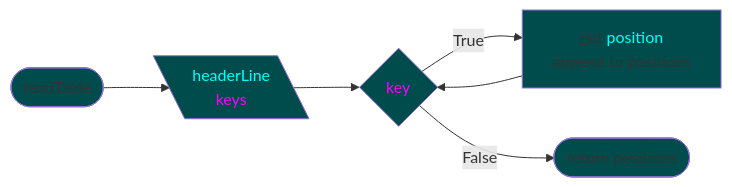
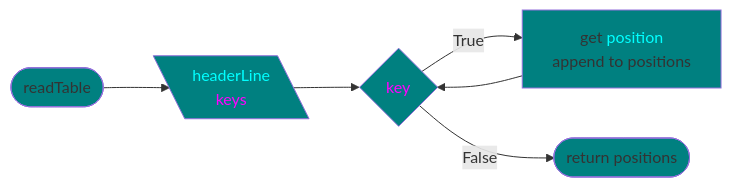
The fifth of 20 diagrams in scripts/table/design.md (7s4e/p3), drawn with Mermaid before and after one commit. The commit also changed other lines of this file, not shown here.

````diff
--- a/scripts/table/design.md
+++ b/scripts/table/design.md
@@ -167,16 +167,16 @@
 ```mermaid
 flowchart LR
-    classDef fill fill:#004c4c
+    classDef fill fill:#008080
     STR([readTable]):::fill
         STR --> INP
     INP[\"<span style='color:cyan;'>headerLine</span>
          <span style='color:magenta;'>keys</span>"\]:::fill
         INP --> KEY
     KEY{<span style='color:magenta;'>key</span>}:::fill
         KEY -- True  --> POS
         POS          --> KEY
         KEY -- False --> END
     POS["get <span style='color:cyan;'>position</span>
          append to positions"]:::fill
     END([return positions]):::fill
 ```
````
